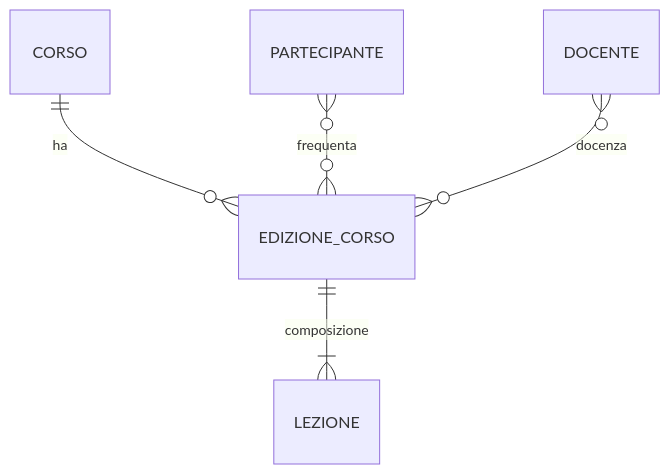
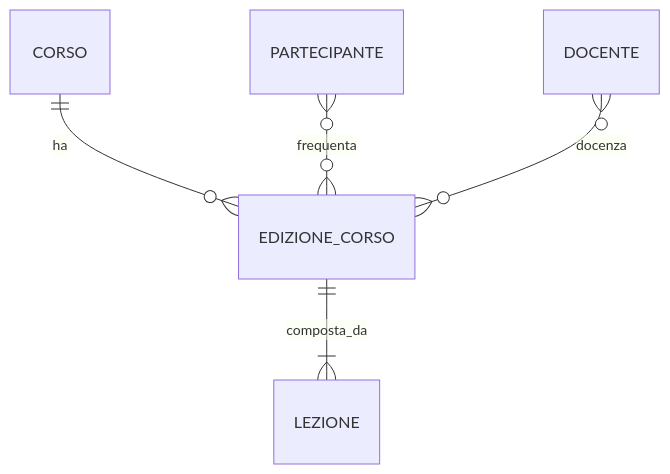
One commit to lucadagati/Lab_Fondamenti_di_Informatica_25_26 changed the second of 5 diagrams in 08-progettazione-er/README.md. Above: the diagram before and after it, drawn with Mermaid. The commit also changed other lines of this file and 6 other files, not shown here.

````diff
--- a/08-progettazione-er/README.md
+++ b/08-progettazione-er/README.md
@@ -92,7 +76,7 @@
 ```mermaid
 erDiagram
     CORSO ||--o{ EDIZIONE_CORSO : ha
-    EDIZIONE_CORSO ||--|{ LEZIONE : composizione
+    EDIZIONE_CORSO ||--|{ LEZIONE : composta_da
     PARTECIPANTE }o--o{ EDIZIONE_CORSO : frequenta
     DOCENTE }o--o{ EDIZIONE_CORSO : docenza
 ```
````
